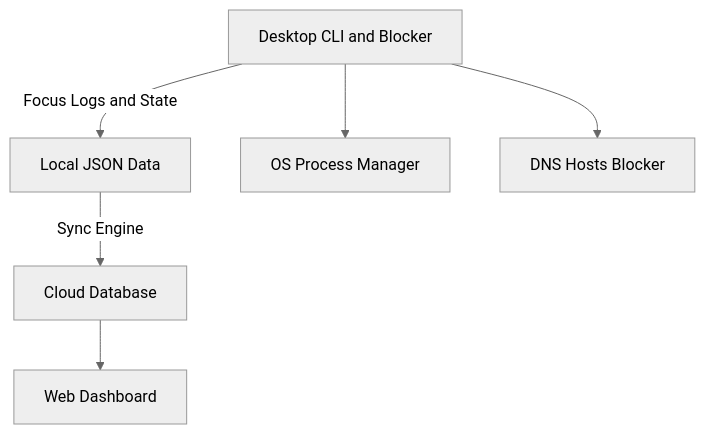
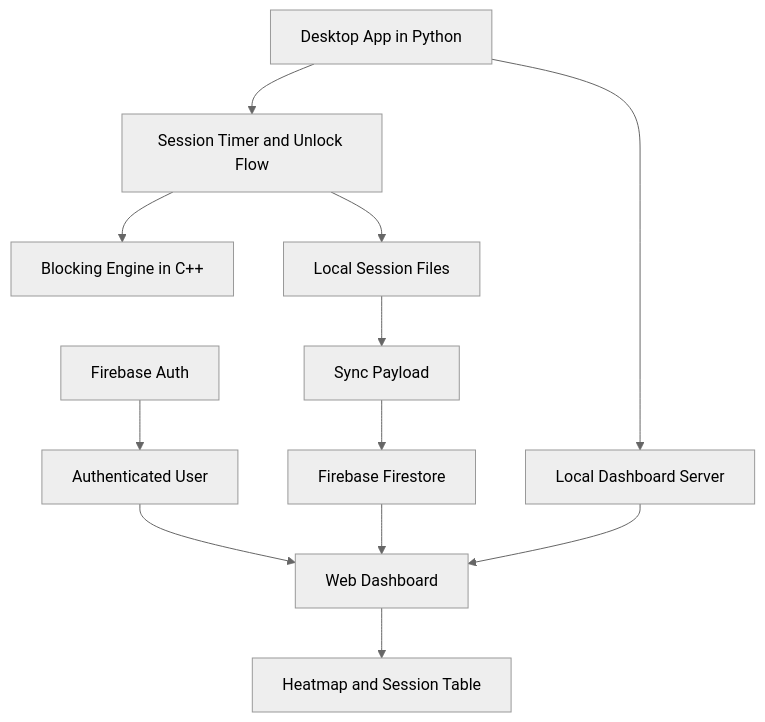
One commit to letsjoyn/just-do-it changed the diagram in README.md. Above: the diagram before and after it, drawn with Mermaid (neutral theme). The commit also changed other lines of this file, not shown here.

Commit message:
docs: expand project README with architecture and workflow

````diff
--- a/README.md
+++ b/README.md
@@ -17,8 +64,14 @@
 ```mermaid
 graph TD
-    CLI[Desktop CLI and Blocker] -->|Focus Logs and State| JSON[Local JSON Data]
-    JSON -->|Sync Engine| Cloud[Cloud Database]
-    Cloud --> Web[Web Dashboard]
-    CLI --> OS[OS Process Manager]
-    CLI --> DNS[DNS Hosts Blocker]
+    A[Desktop App in Python] --> B[Session Timer and Unlock Flow]
+    B --> C[Blocking Engine in C++]
+    B --> D[Local Session Files]
+    D --> E[Sync Payload]
+    E --> F[Firebase Firestore]
+    G[Firebase Auth] --> H[Authenticated User]
+    H --> I[Web Dashboard]
+    F --> I
+    I --> J[Heatmap and Session Table]
+    A --> K[Local Dashboard Server]
+    K --> I
 ```
````
